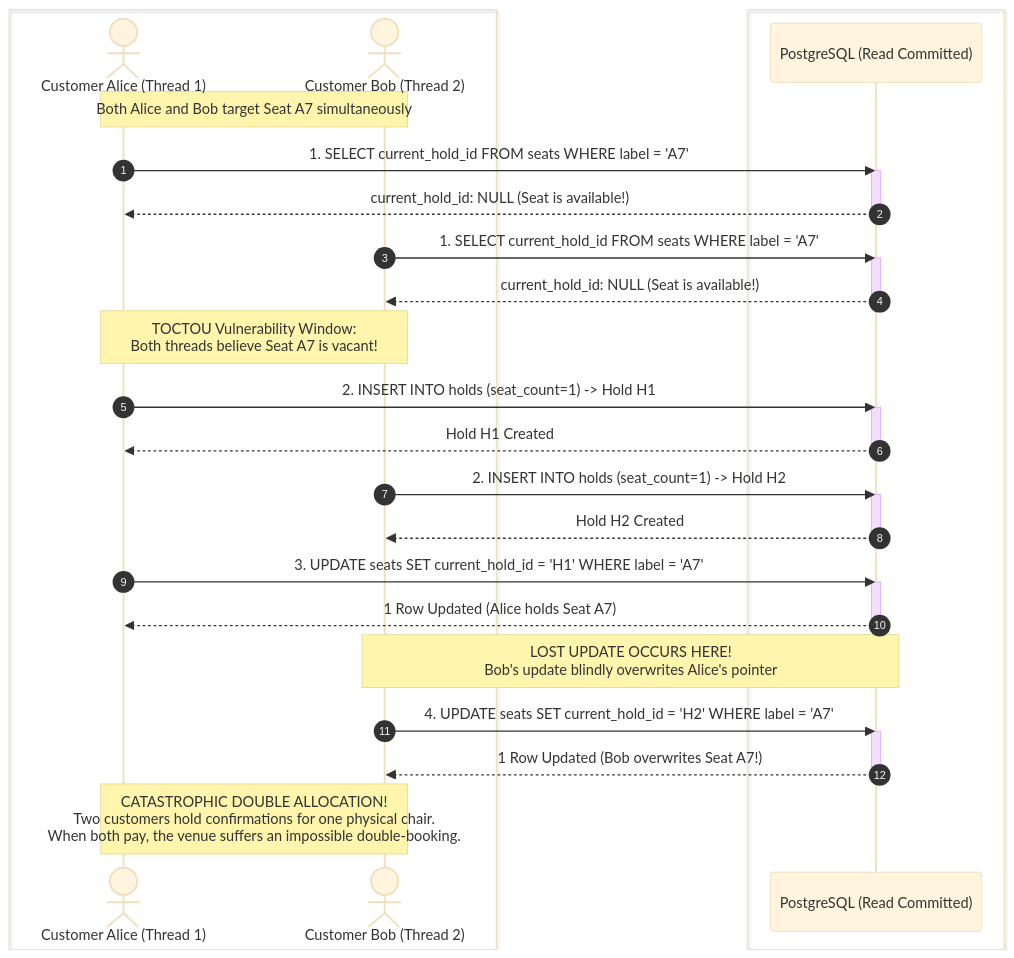
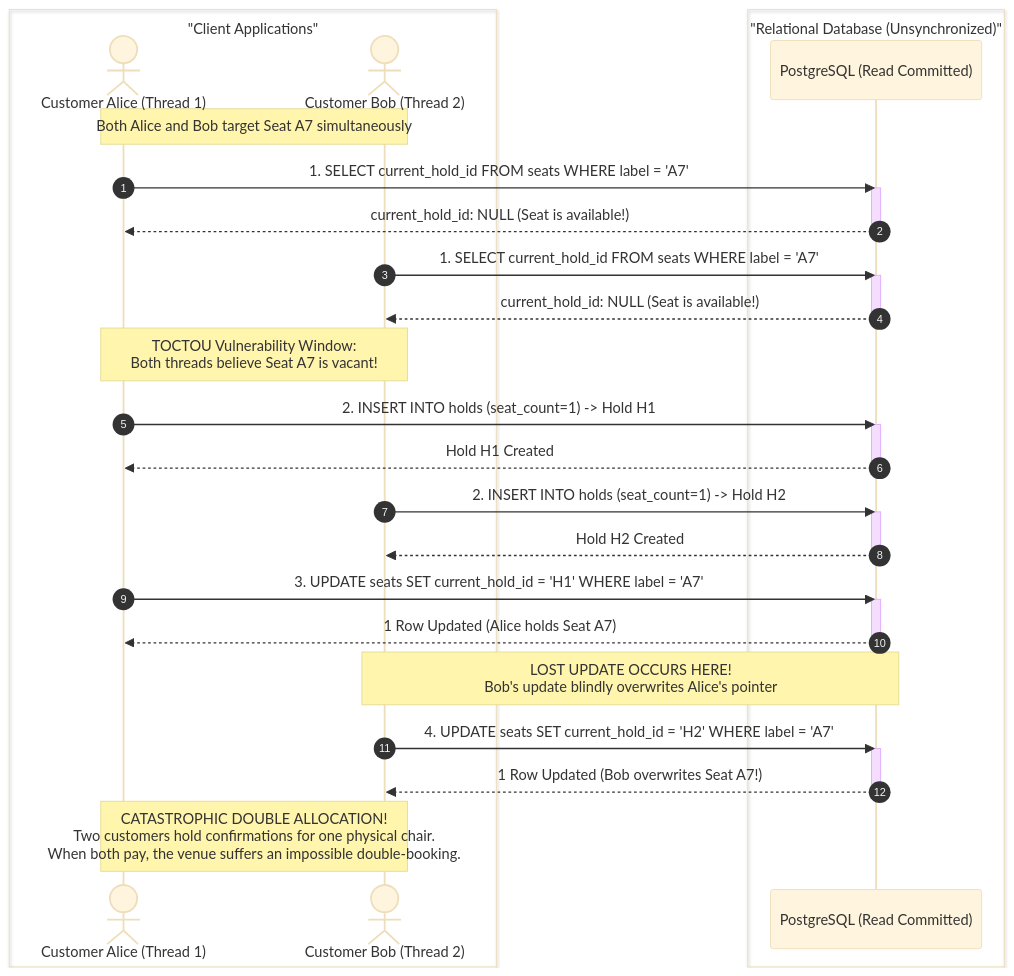
Before and after one commit to YuvvrajSingh/seat-rush: the first of 8 diagrams in docs/SYSTEMS_CONCURRENCY_DEEP_DIVE.md, drawn with Mermaid (base theme). The commit also changed other lines of this file and 17 other files, not shown here.

Commit message:
docs: apply zero-drift fixes, elevate Mermaid diagrams with failure branches, and reshoot production screenshots

````diff
--- a/docs/SYSTEMS_CONCURRENCY_DEEP_DIVE.md
+++ b/docs/SYSTEMS_CONCURRENCY_DEEP_DIVE.md
@@ -133,47 +133,47 @@
 ```mermaid
 sequenceDiagram
     autonumber
-    box #f1f5f9 "Client Applications"
+    box "Client Applications"
         actor Alice as Customer Alice (Thread 1)
         actor Bob as Customer Bob (Thread 2)
     end
-    box #ede9fe "Relational Database (Unsynchronized)"
+    box "Relational Database (Unsynchronized)"
         participant DB as PostgreSQL (Read Committed)
     end
 
     Note over Alice, Bob: Both Alice and Bob target Seat A7 simultaneously
     Alice->>DB: 1. SELECT current_hold_id FROM seats WHERE label = 'A7'
     activate DB
     DB-->>Alice: current_hold_id: NULL (Seat is available!)
     deactivate DB
 
     Bob->>DB: 1. SELECT current_hold_id FROM seats WHERE label = 'A7'
     activate DB
     DB-->>Bob: current_hold_id: NULL (Seat is available!)
     deactivate DB
 
     Note over Alice, Bob: TOCTOU Vulnerability Window:<br/>Both threads believe Seat A7 is vacant!
 
     Alice->>DB: 2. INSERT INTO holds (seat_count=1) -> Hold H1
     activate DB
     DB-->>Alice: Hold H1 Created
     deactivate DB
 
     Bob->>DB: 2. INSERT INTO holds (seat_count=1) -> Hold H2
     activate DB
     DB-->>Bob: Hold H2 Created
     deactivate DB
 
     Alice->>DB: 3. UPDATE seats SET current_hold_id = 'H1' WHERE label = 'A7'
     activate DB
     DB-->>Alice: 1 Row Updated (Alice holds Seat A7)
     deactivate DB
 
     Note over Bob, DB: LOST UPDATE OCCURS HERE!<br/>Bob's update blindly overwrites Alice's pointer
     Bob->>DB: 4. UPDATE seats SET current_hold_id = 'H2' WHERE label = 'A7'
     activate DB
     DB-->>Bob: 1 Row Updated (Bob overwrites Seat A7!)
     deactivate DB
 
     Note over Alice, Bob: CATASTROPHIC DOUBLE ALLOCATION!<br/>Two customers hold confirmations for one physical chair.<br/>When both pay, the venue suffers an impossible double-booking.
 ```
````
